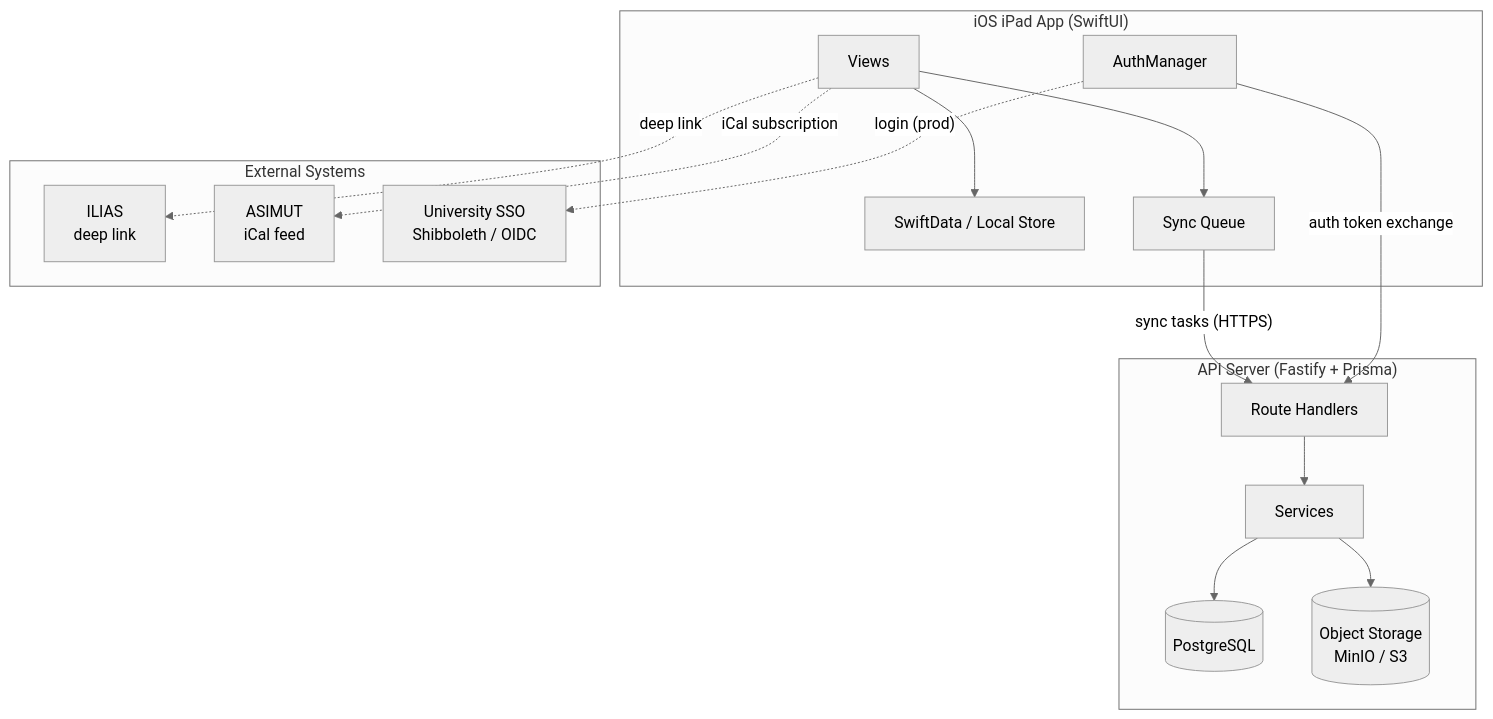
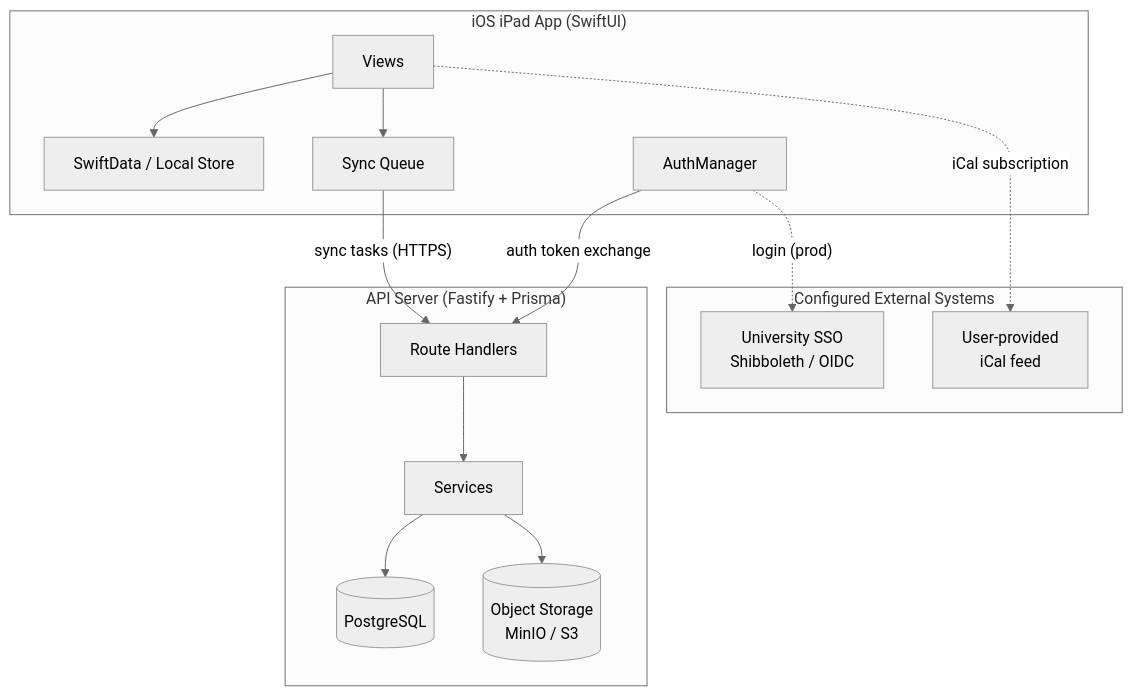
Before and after one commit to sebastianspicker/resonance: the first of 2 diagrams in docs/ARCHITECTURE.md, drawn with Mermaid (neutral theme). The commit also changed other lines of this file and 58 other files, not shown here.

````diff
--- a/docs/ARCHITECTURE.md
+++ b/docs/ARCHITECTURE.md
@@ -5,33 +5,31 @@
 ```mermaid
 flowchart TB
     subgraph Client["iOS iPad App (SwiftUI)"]
         UI[Views]
         SD[SwiftData / Local Store]
         SQ[Sync Queue]
         AM[AuthManager]
     end
 
     subgraph Server["API Server (Fastify + Prisma)"]
         API[Route Handlers]
         SVC[Services]
         DB[(PostgreSQL)]
         S3[(Object Storage\nMinIO / S3)]
     end
 
-    subgraph External["External Systems"]
-        ILIAS[ILIAS\ndeep link]
-        ASIMUT[ASIMUT\niCal feed]
+    subgraph External["Configured External Systems"]
+        ICAL[User-provided\niCal feed]
         SSO[University SSO\nShibboleth / OIDC]
     end
 
     UI --> SD
     UI --> SQ
     SQ -->|"sync tasks (HTTPS)"| API
     AM -->|"auth token exchange"| API
     API --> SVC
     SVC --> DB
     SVC --> S3
     AM -.->|"login (prod)"| SSO
-    UI -.->|"deep link"| ILIAS
-    UI -.->|"iCal subscription"| ASIMUT
+    UI -.->|"iCal subscription"| ICAL
 ```
````
